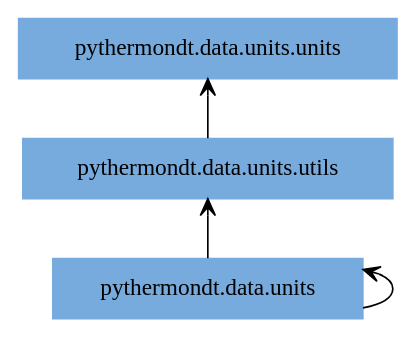
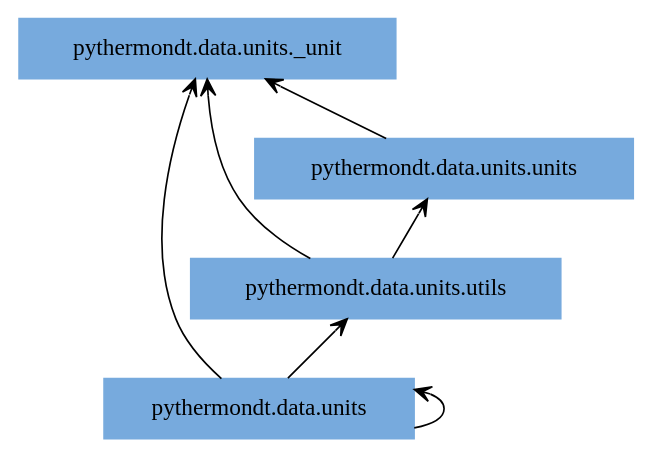
The diagram in docs/pyreverse/packages_pythermondt.data.units.gv (voidsy-gmbh/pyThermoNDT), drawn with Graphviz before and after one commit. The commit also changed 13 other files, not shown here.

Commit message:
Update pyreverse diagrams

```diff
--- a/docs/pyreverse/packages_pythermondt.data.units.gv
+++ b/docs/pyreverse/packages_pythermondt.data.units.gv
@@ -1,10 +1,14 @@
 digraph "packages_pythermondt.data.units" {
 rankdir=BT
 charset="utf-8"
 "pythermondt.data.units" [color="#77AADD", label=<pythermondt.data.units>, shape="box", style="filled"];
+"pythermondt.data.units._unit" [color="#77AADD", label=<pythermondt.data.units._unit>, shape="box", style="filled"];
 "pythermondt.data.units.units" [color="#77AADD", label=<pythermondt.data.units.units>, shape="box", style="filled"];
 "pythermondt.data.units.utils" [color="#77AADD", label=<pythermondt.data.units.utils>, shape="box", style="filled"];
 "pythermondt.data.units" -> "pythermondt.data.units" [arrowhead="open", arrowtail="none"];
+"pythermondt.data.units" -> "pythermondt.data.units._unit" [arrowhead="open", arrowtail="none"];
 "pythermondt.data.units" -> "pythermondt.data.units.utils" [arrowhead="open", arrowtail="none"];
+"pythermondt.data.units.units" -> "pythermondt.data.units._unit" [arrowhead="open", arrowtail="none"];
+"pythermondt.data.units.utils" -> "pythermondt.data.units._unit" [arrowhead="open", arrowtail="none"];
 "pythermondt.data.units.utils" -> "pythermondt.data.units.units" [arrowhead="open", arrowtail="none"];
 }
```
